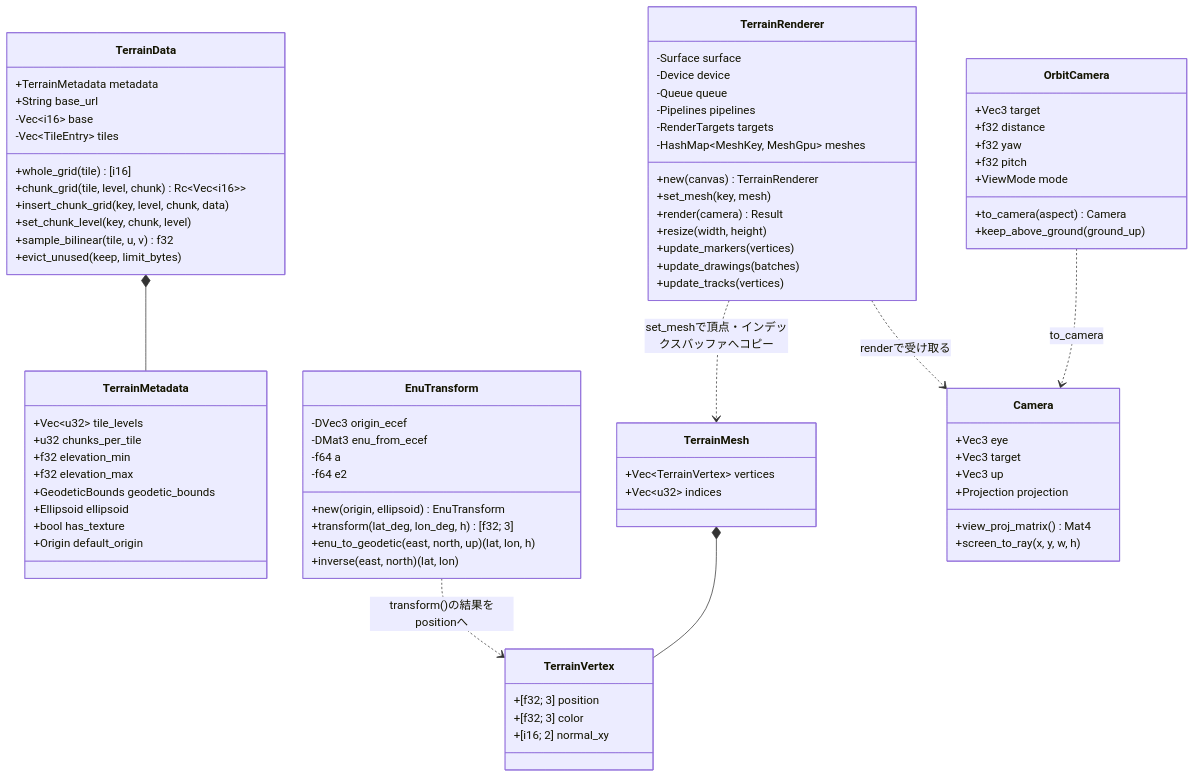
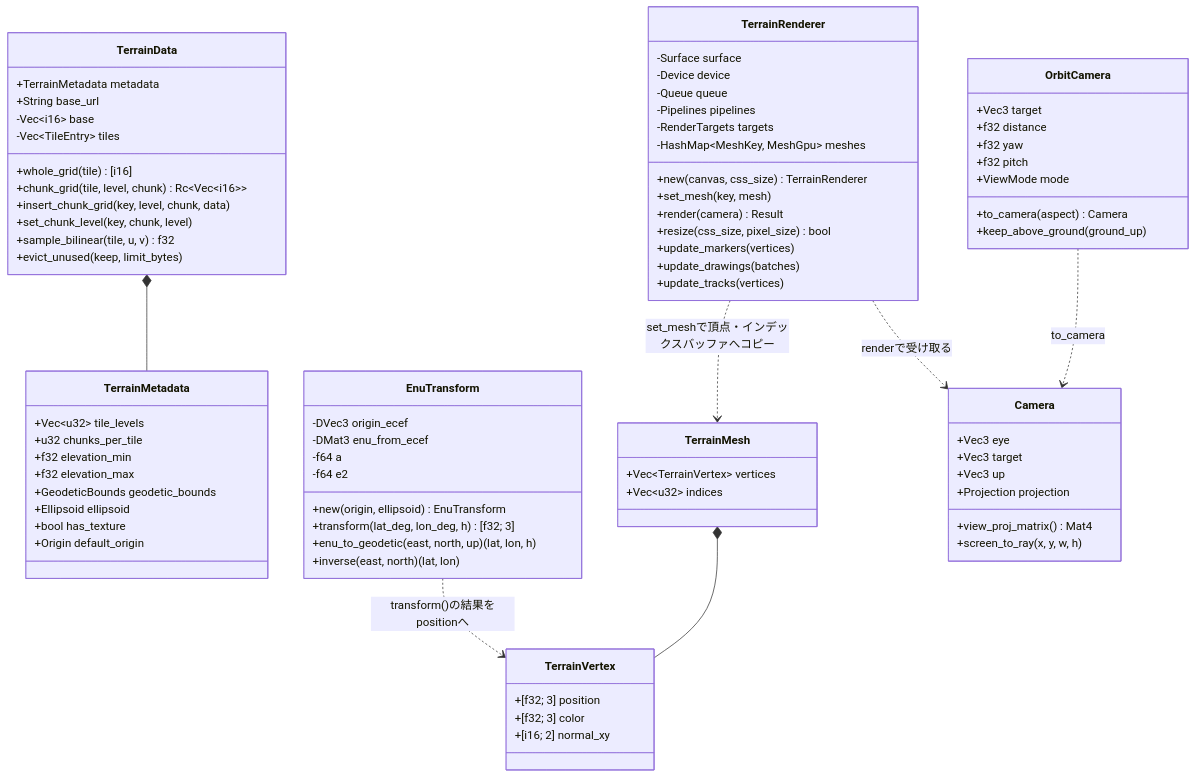
Before and after one commit to ham1a6/SimulationView: the third of 6 diagrams in docs/DETAILED_DESIGN.md, drawn with Mermaid. The commit also changed other lines of this file and 7 other files, not shown here.

```diff
--- a/docs/DETAILED_DESIGN.md
+++ b/docs/DETAILED_DESIGN.md
@@ -400,10 +400,10 @@
         -Pipelines pipelines
         -RenderTargets targets
         -HashMap~MeshKey, MeshGpu~ meshes
-        +new(canvas) TerrainRenderer
+        +new(canvas, css_size) TerrainRenderer
         +set_mesh(key, mesh)
         +render(camera) Result
-        +resize(width, height)
+        +resize(css_size, pixel_size) bool
         +update_markers(vertices)
         +update_drawings(batches)
         +update_tracks(vertices)
```
